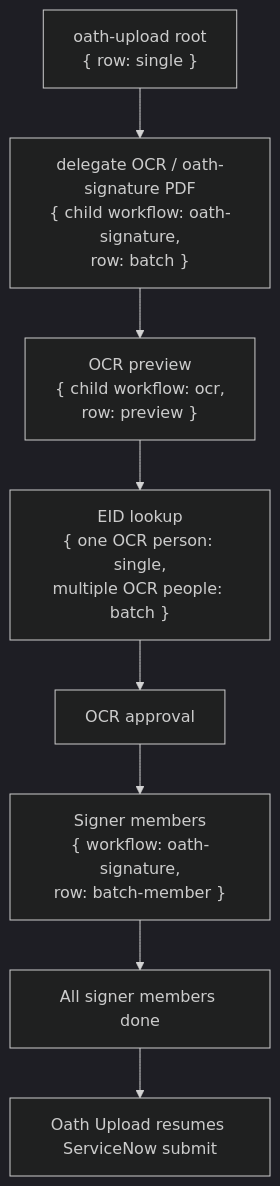
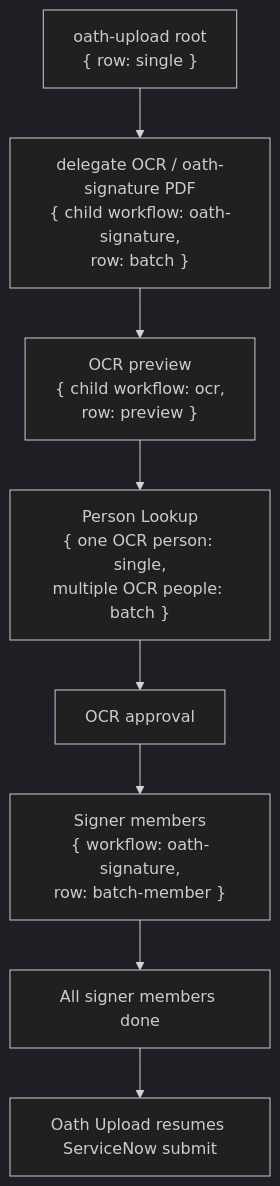
One commit to julianthant/hr-automation changed the diagram in docs/workflow/oath-upload.md. Above: the diagram before and after it, drawn with Mermaid (dark theme). The commit also changed other lines of this file and 28 other files, not shown here.

First line of the commit message:
refactor(person-lookup): hide retired workflow ids from dashboard surfaces

````diff
--- a/docs/workflow/oath-upload.md
+++ b/docs/workflow/oath-upload.md
@@ -13,11 +13,11 @@
 ```mermaid
 flowchart TD
   A["oath-upload root<br/>{ row: single }"]
   A --> B["delegate OCR / oath-signature PDF<br/>{ child workflow: oath-signature,<br/>row: batch }"]
   B --> C["OCR preview<br/>{ child workflow: ocr,<br/>row: preview }"]
-  C --> D["EID lookup<br/>{ one OCR person: single,<br/>multiple OCR people: batch }"]
+  C --> D["Person Lookup<br/>{ one OCR person: single,<br/>multiple OCR people: batch }"]
   D --> E["OCR approval"]
   E --> F["Signer members<br/>{ workflow: oath-signature,<br/>row: batch-member }"]
   F --> G["All signer members done"]
   G --> H["Oath Upload resumes ServiceNow submit"]
 ```
````
